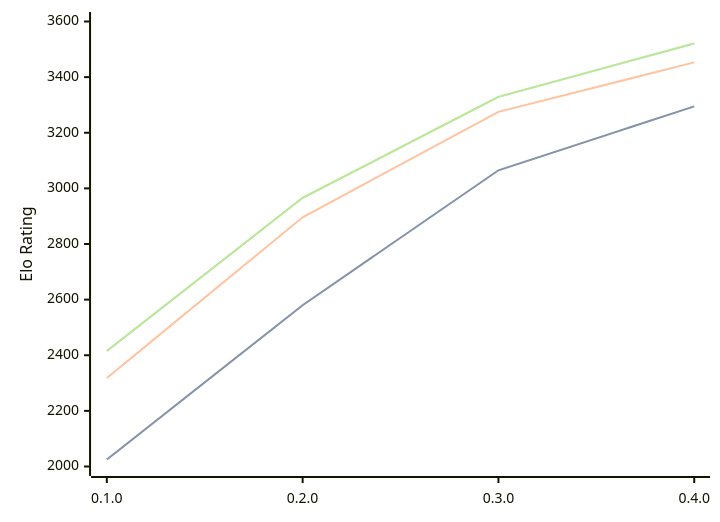
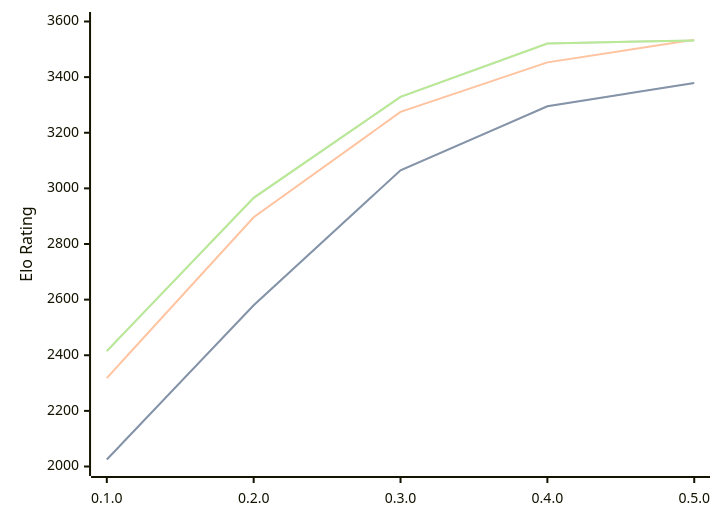
The diagram in engines/Justbot.md (computer-chess-index/cci), drawn with Mermaid before and after one commit. The commit also changed other lines of this file, not shown here.

Commit message:
Update CCI Ratings (ELO VLTC) - 2026-09-25

````diff
--- a/engines/Justbot.md
+++ b/engines/Justbot.md
@@ -34,11 +35,11 @@
 ```mermaid
 %%{init: {"theme":"base","themeVariables":{"seriesColors:['#a3a3a3','#222221','#faa371']}}}%%
 xychart-beta
-  x-axis ["0.1.0", "0.2.0", "0.3.0", "0.4.0"]
+  x-axis ["0.1.0", "0.2.0", "0.3.0", "0.4.0", "0.5.0"]
   y-axis "Elo Rating" 2000 --> 3600
-  line "" [2025, 2580, 3065, 3295]
-  line "STC (8.0+0.08s)" [2025, 2580, 3065, 3295]
-  line "LTC (60.0+0.60s)" [2318, 2896, 3275, 3453]
-  line "" [2415, 2966, 3329, 3521]
-  line "VLTC (2m24s+1.12s)" [2415, 2966, 3329, 3521]
+  line "" [2025, 2580, 3065, 3295, 3379]
+  line "STC (8.0+0.08s)" [2025, 2580, 3065, 3295, 3379]
+  line "LTC (60.0+0.60s)" [2318, 2896, 3275, 3453, 3534]
+  line "" [2415, 2966, 3329, 3521, 3532]
+  line "VLTC (2m24s+1.12s)" [2415, 2966, 3329, 3521, 3532]
 ```
````
